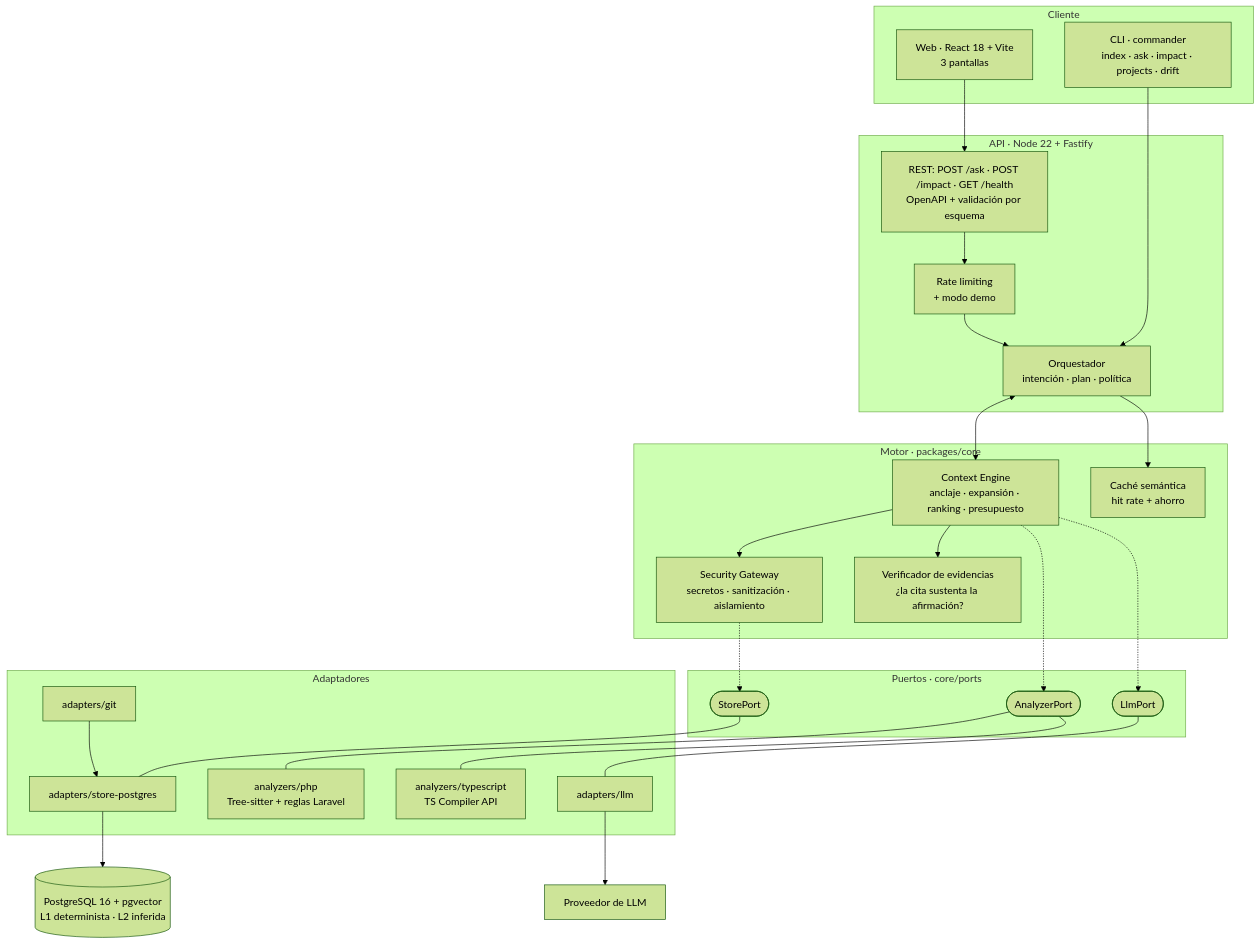
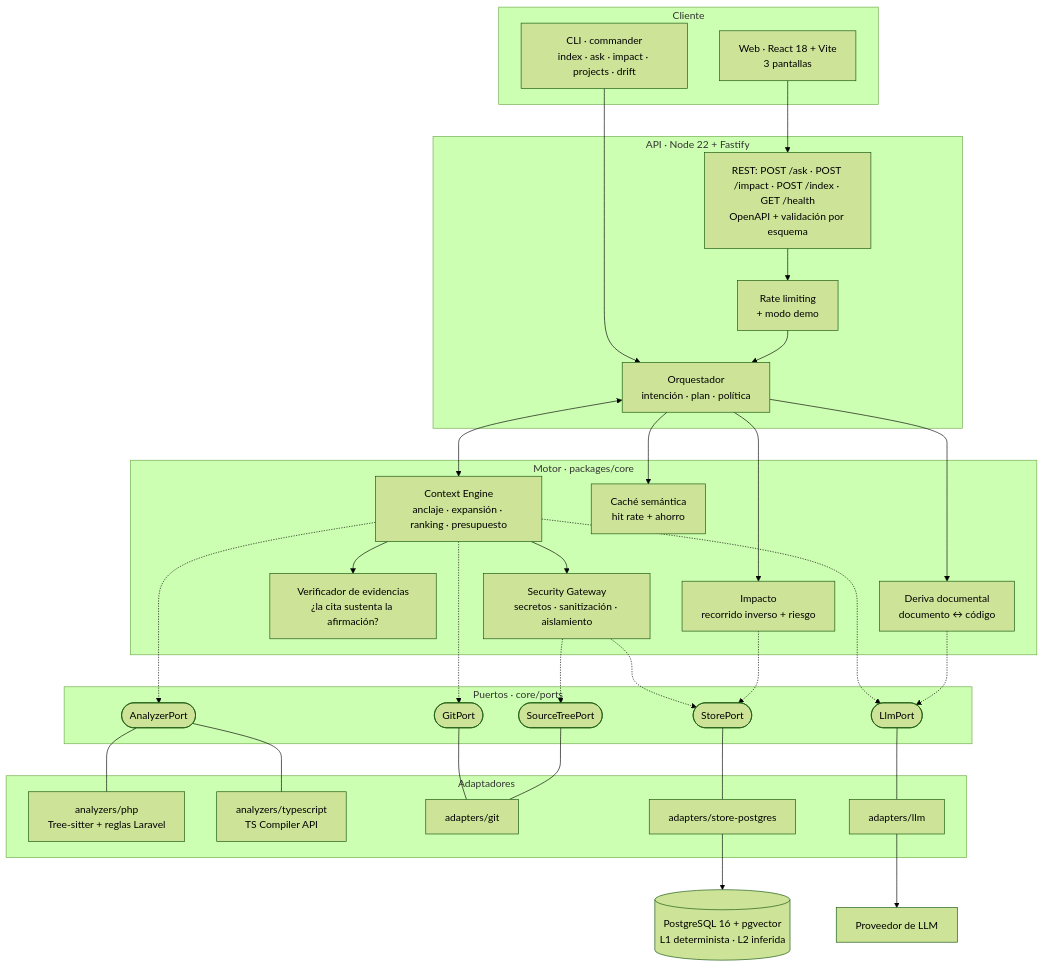
The first of 4 diagrams in readme.md (DisTinta/AI4Devs-finalproject), drawn with Mermaid (forest theme) before and after one commit. The commit also changed other lines of this file and 3 other files, not shown here.

````diff
--- a/readme.md
+++ b/readme.md
@@ -507,53 +510,64 @@
 ```mermaid
 flowchart TB
     subgraph client["Cliente"]
         WEB["Web · React 18 + Vite<br/>3 pantallas"]
         CLI["CLI · commander<br/>index · ask · impact · projects · drift"]
     end
 
     subgraph api["API · Node 22 + Fastify"]
-        REST["REST: POST /ask · POST /impact · GET /health<br/>OpenAPI + validación por esquema"]
+        REST["REST: POST /ask · POST /impact · POST /index · GET /health<br/>OpenAPI + validación por esquema"]
         RATE["Rate limiting<br/>+ modo demo"]
         ORCH["Orquestador<br/>intención · plan · política"]
     end
 
     subgraph engine["Motor · packages/core"]
         CTX["Context Engine<br/>anclaje · expansión · ranking · presupuesto"]
         SEC["Security Gateway<br/>secretos · sanitización · aislamiento"]
         VER["Verificador de evidencias<br/>¿la cita sustenta la afirmación?"]
         CACHE["Caché semántica<br/>hit rate + ahorro"]
+        IMP["Impacto<br/>recorrido inverso + riesgo"]
+        DRIFT["Deriva documental<br/>documento ↔ código"]
     end
 
     subgraph ports["Puertos · core/ports"]
         AP(["AnalyzerPort"])
         LP(["LlmPort"])
         SP(["StorePort"])
+        GP(["GitPort"])
+        STP(["SourceTreePort"])
     end
 
     subgraph adapters["Adaptadores"]
         PHP["analyzers/php<br/>Tree-sitter + reglas Laravel"]
         TSA["analyzers/typescript<br/>TS Compiler API"]
         GIT["adapters/git"]
         LLMA["adapters/llm"]
         PGA["adapters/store-postgres"]
     end
 
     PG[("PostgreSQL 16 + pgvector<br/>L1 determinista · L2 inferida")]
     LLM["Proveedor de LLM"]
 
     WEB --> REST
     CLI --> ORCH
     REST --> RATE --> ORCH
     ORCH <--> CTX
     ORCH --> CACHE
+    ORCH --> IMP
+    ORCH --> DRIFT
     CTX --> SEC
     CTX --> VER
     CTX -.-> AP
     CTX -.-> LP
+    CTX -.-> GP
     SEC -.-> SP
+    SEC -.-> STP
+    IMP -.-> SP
+    DRIFT -.-> LP
     AP --- PHP
     AP --- TSA
     LP --- LLMA --> LLM
     SP --- PGA --> PG
-    GIT --> PGA
+    GP --- GIT
+    STP --- GIT
 ```
````
